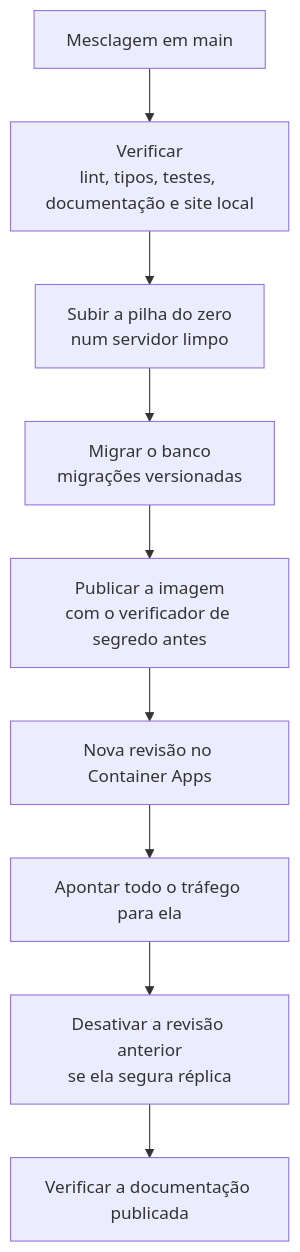
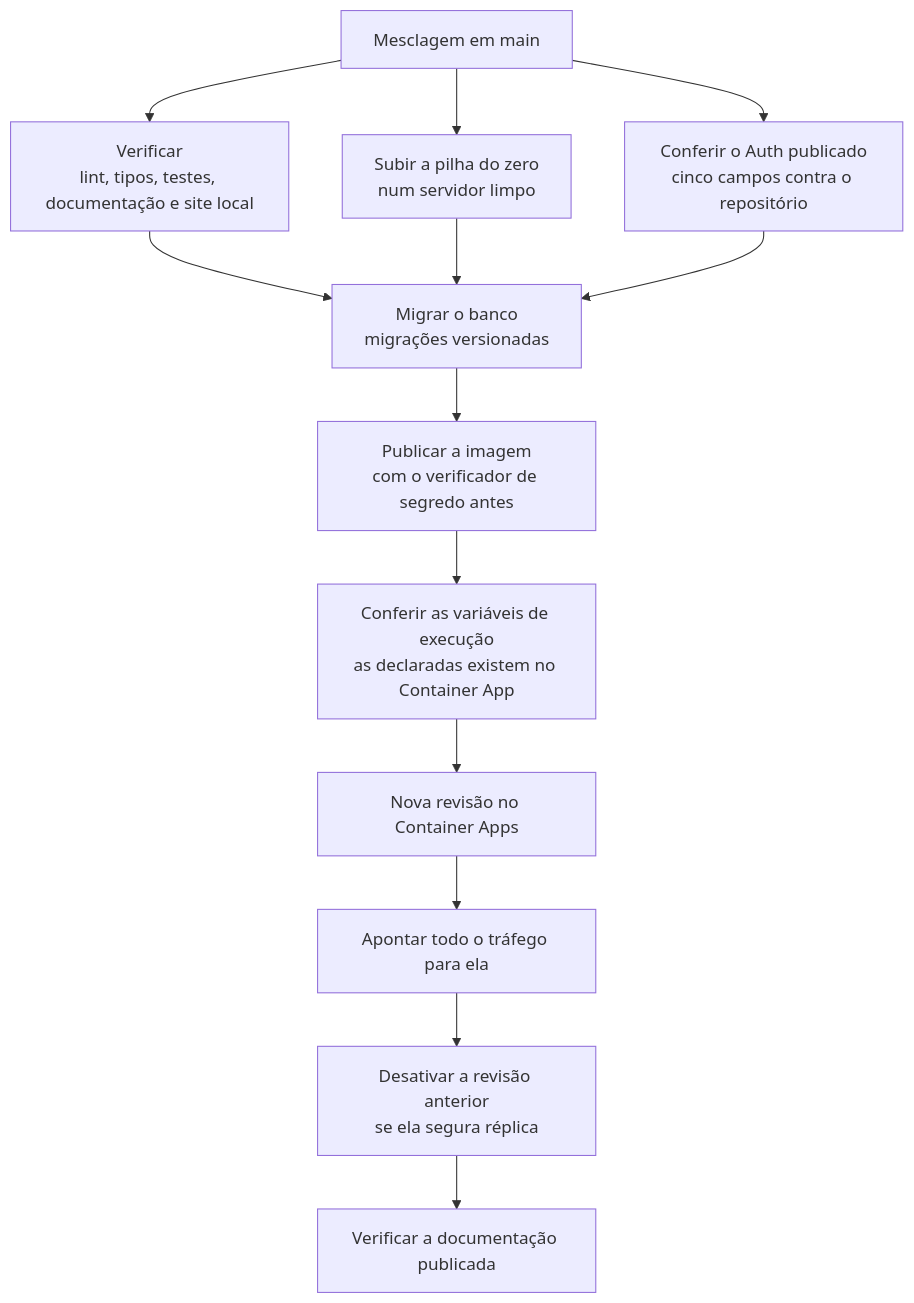
Before and after one commit to natanjunior/8FSDT-Hackathon: the diagram in docs/infraestrutura.md, drawn with Mermaid. The commit also changed other lines of this file, not shown here.

Commit message:
docs: o diagrama da esteira passa a desenhar o que o entrega.yml faz
O desenho punha `verificar` e `compose` em sequência, e o `auth` não aparecia.
No workflow os três não declaram `needs`, então correm juntos, e `migrar` espera
os três (`needs: [verificar, compose, auth]`). A conferência do Auth publicado
trava a entrega e estava fora do desenho; a das variáveis de execução, que roda
dentro do `implantar` antes da revisão nova, também.

````diff
--- a/docs/infraestrutura.md
+++ b/docs/infraestrutura.md
@@ -56,21 +56,27 @@
 ```mermaid
 flowchart TB
     MERGE["Mesclagem em main"]
     VER["Verificar<br/>lint, tipos, testes, documentação e site local"]
     COMPOSE["Subir a pilha do zero<br/>num servidor limpo"]
+    AUTH["Conferir o Auth publicado<br/>cinco campos contra o repositório"]
     MIG["Migrar o banco<br/>migrações versionadas"]
     IMG["Publicar a imagem<br/>com o verificador de segredo antes"]
+    AMB["Conferir as variáveis de execução<br/>as declaradas existem no Container App"]
     REV["Nova revisão no Container Apps"]
     TRAF["Apontar todo o tráfego para ela"]
     DESAT["Desativar a revisão anterior<br/>se ela segura réplica"]
     SITE["Verificar a documentação publicada"]
 
     MERGE --> VER
-    VER --> COMPOSE
+    MERGE --> COMPOSE
+    MERGE --> AUTH
+    VER --> MIG
     COMPOSE --> MIG
+    AUTH --> MIG
     MIG --> IMG
-    IMG --> REV
+    IMG --> AMB
+    AMB --> REV
     REV --> TRAF
     TRAF --> DESAT
     DESAT --> SITE
 ```
````
